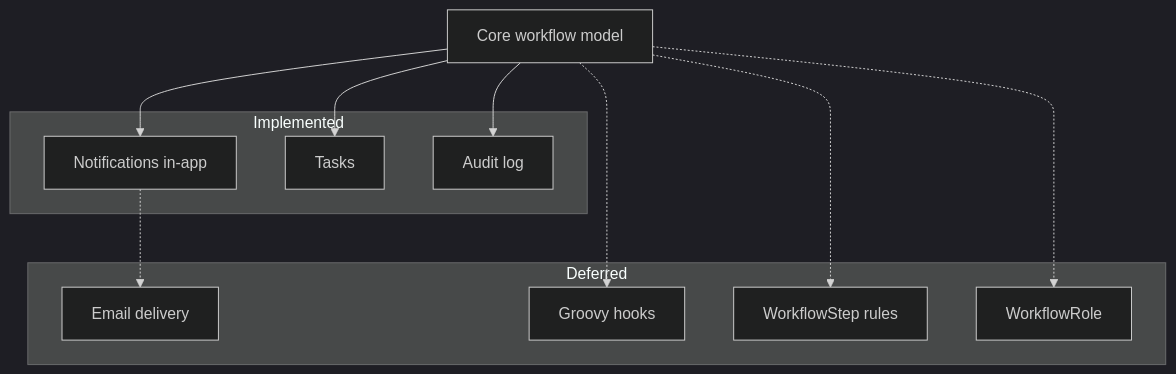
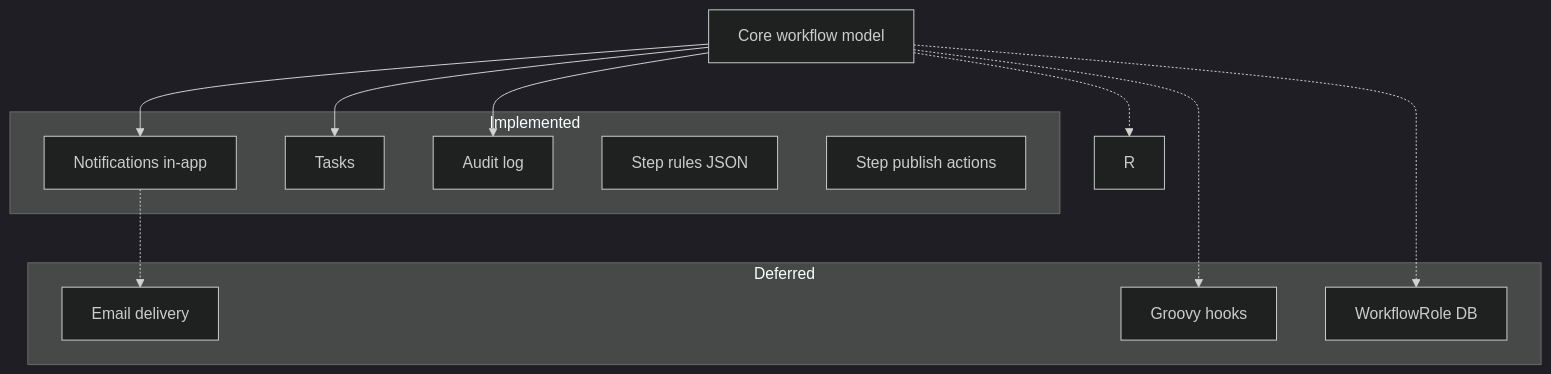
The diagram in docs/EXTENSIONS.md (russdanner/plugin-studio-workflow), drawn with Mermaid (dark theme) before and after one commit. The commit also changed other lines of this file and 58 other files, not shown here.

````diff
--- a/docs/EXTENSIONS.md
+++ b/docs/EXTENSIONS.md
@@ -13,23 +15,24 @@
 ```mermaid
 flowchart TB
     subgraph Implemented["Implemented"]
         N[Notifications in-app]
         T[Tasks]
         A[Audit log]
+        SR[Step rules JSON]
+        SA[Step publish actions]
     end
 
     subgraph Deferred["Deferred"]
         E[Email delivery]
         H[Groovy hooks]
-        R[WorkflowStep rules]
-        WR[WorkflowRole]
+        WR[WorkflowRole DB]
     end
 
     CORE[Core workflow model] --> N
     CORE --> T
     CORE --> A
     N -.-> E
     CORE -.-> H
     CORE -.-> R
     CORE -.-> WR
 ```
````
